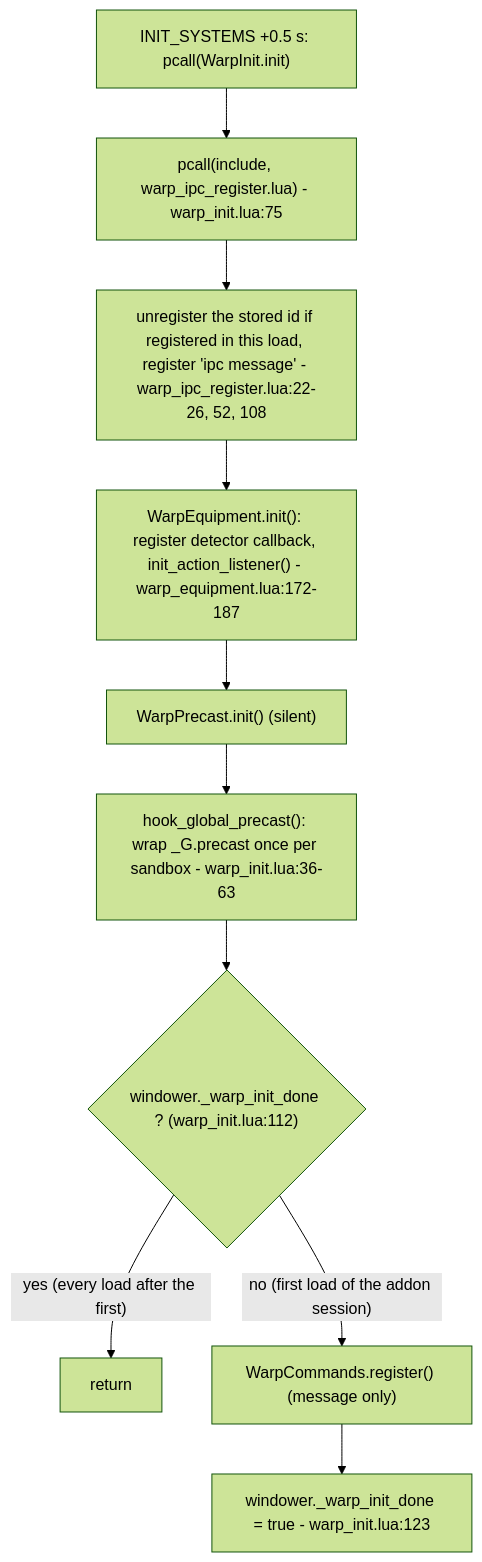
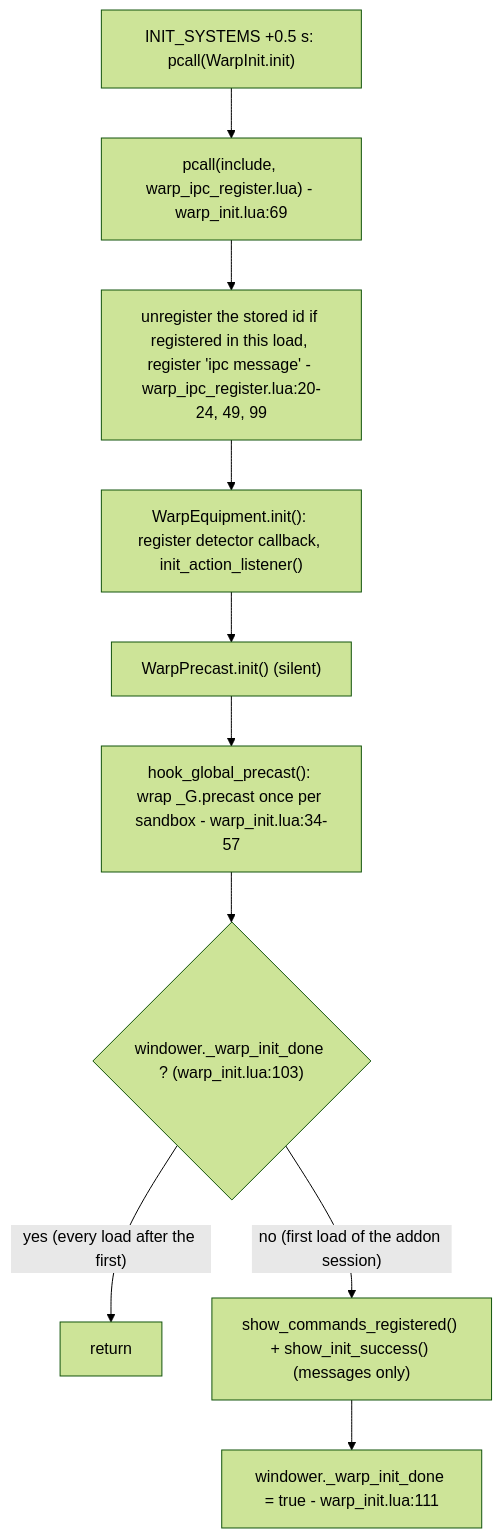
One commit to ejouanchicot/Gearswap changed the first of 4 diagrams in docs/dev/systems/warp.md. Above: the diagram before and after it, drawn with Mermaid (forest theme). The commit also changed other lines of this file and 81 other files, not shown here.

````diff
--- a/docs/dev/systems/warp.md
+++ b/docs/dev/systems/warp.md
@@ -53,12 +53,12 @@
 ```mermaid
 flowchart TD
-    A["INIT_SYSTEMS +0.5 s: pcall(WarpInit.init)"] --> B["pcall(include, warp_ipc_register.lua) - warp_init.lua:75"]
-    B --> C["unregister the stored id if registered in this load, register 'ipc message' - warp_ipc_register.lua:22-26, 52, 108"]
-    C --> F["WarpEquipment.init(): register detector callback, init_action_listener() - warp_equipment.lua:172-187"]
+    A["INIT_SYSTEMS +0.5 s: pcall(WarpInit.init)"] --> B["pcall(include, warp_ipc_register.lua) - warp_init.lua:69"]
+    B --> C["unregister the stored id if registered in this load, register 'ipc message' - warp_ipc_register.lua:20-24, 49, 99"]
+    C --> F["WarpEquipment.init(): register detector callback, init_action_listener()"]
     F --> G["WarpPrecast.init() (silent)"]
-    G --> H["hook_global_precast(): wrap _G.precast once per sandbox - warp_init.lua:36-63"]
-    H --> D{"windower._warp_init_done ? (warp_init.lua:112)"}
+    G --> H["hook_global_precast(): wrap _G.precast once per sandbox - warp_init.lua:34-57"]
+    H --> D{"windower._warp_init_done ? (warp_init.lua:103)"}
     D -- "yes (every load after the first)" --> E["return"]
-    D -- "no (first load of the addon session)" --> I["WarpCommands.register() (message only)"]
-    I --> J["windower._warp_init_done = true - warp_init.lua:123"]
+    D -- "no (first load of the addon session)" --> I["show_commands_registered() + show_init_success() (messages only)"]
+    I --> J["windower._warp_init_done = true - warp_init.lua:111"]
 ```
````
